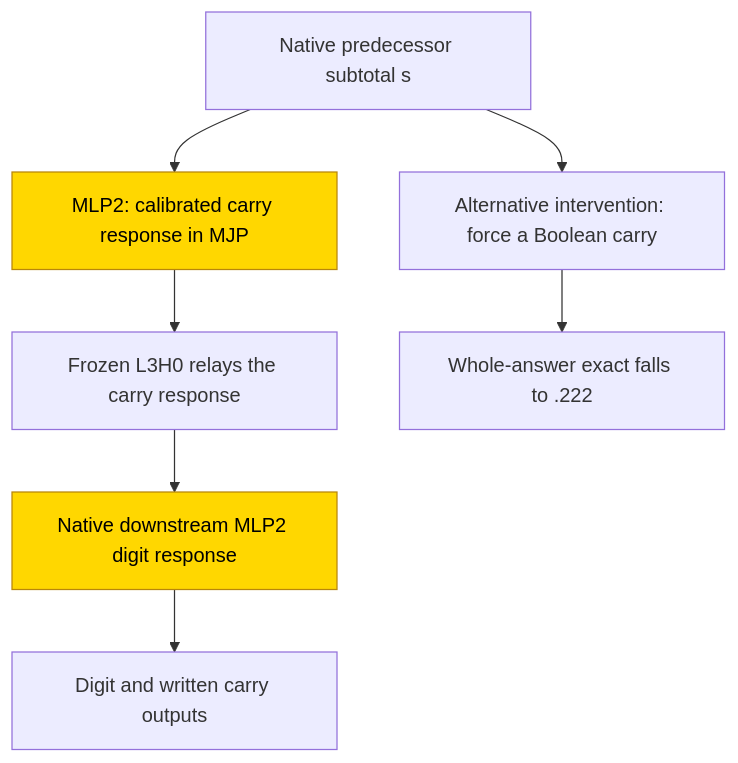
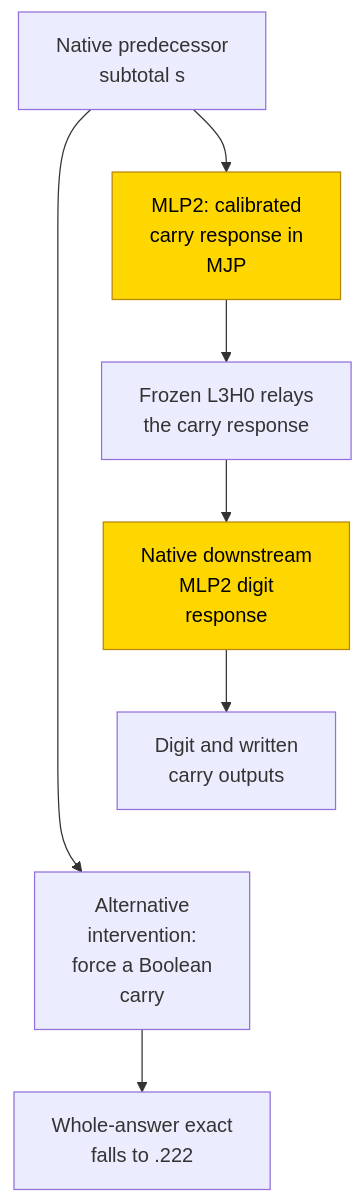
One commit to jc1122/mechanistic-interpretability-circuit-atlas changed the second of 2 diagrams in entries/decimal-hex-addition.md. Above: the diagram before and after it, drawn with Mermaid. The commit also changed other lines of this file and 39 other files, not shown here.

````diff
--- a/entries/decimal-hex-addition.md
+++ b/entries/decimal-hex-addition.md
@@ -204,13 +207,15 @@
 ```mermaid
 flowchart TD
     accTitle: Analogue carry component and failed Boolean replacement
     accDescr: A native subtotal enters the trained carry response, a frozen head relays it, and the trained downstream digit response reads it. Forcing a Boolean carry instead damages whole-answer accuracy. This one-seed component substitute is partial, with complement untested, and is not length-general.
-    S["Native predecessor subtotal s"] --> T["MLP2: calibrated carry response in MJP"]
-    T --> H["Frozen L3H0 relays the carry response"]
-    H --> M["Native downstream MLP2 digit response"]
-    M --> Y["Digit and written carry outputs"]
-    S --> B["Alternative intervention: force a Boolean carry"]
-    B --> F["Whole-answer exact falls to .222"]
+    S["Native predecessor<br/>subtotal s"] --> T["MLP2: calibrated<br/>carry response in<br/>MJP"]
+    T --> H["Frozen L3H0 relays<br/>the carry response"]
+    H --> M["Native downstream<br/>MLP2 digit<br/>response"]
+    M --> Y["Digit and written<br/>carry outputs"]
+    S --> B["Alternative<br/>intervention:<br/>force a Boolean<br/>carry"]
+    B --> F["Whole-answer exact<br/>falls to .222"]
     classDef trained fill:gold,stroke:darkgoldenrod,color:black
     class T,M trained
+    %% Invisible links constrain vertical layout only, not computation.
+    Y ~~~ B
 ```
````
